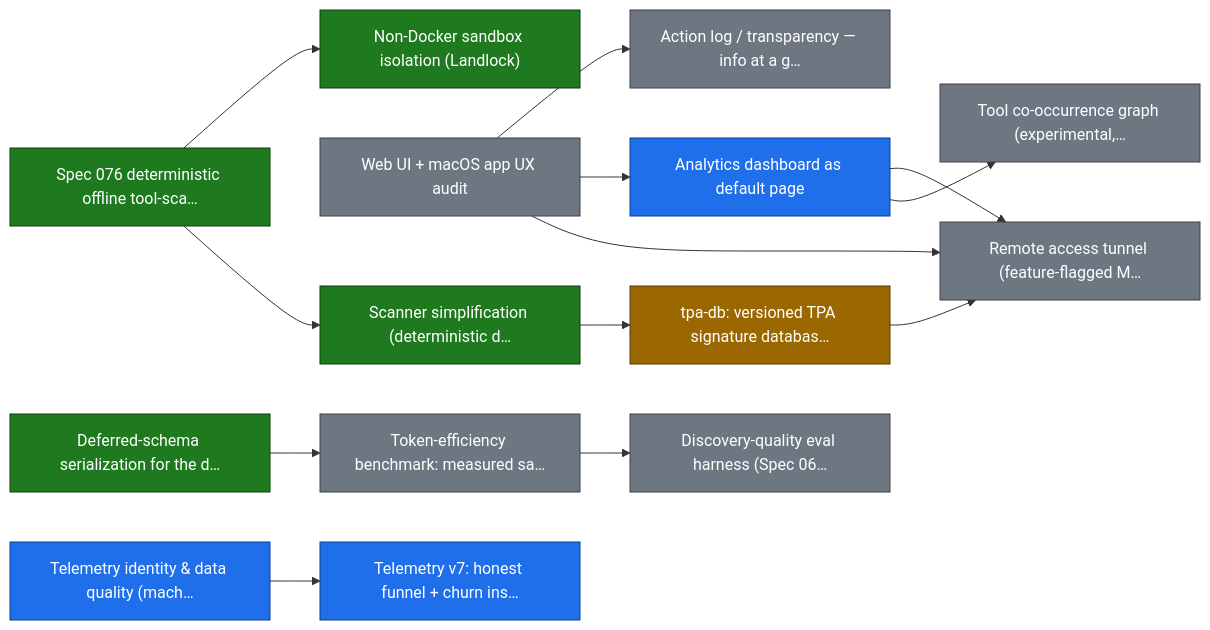
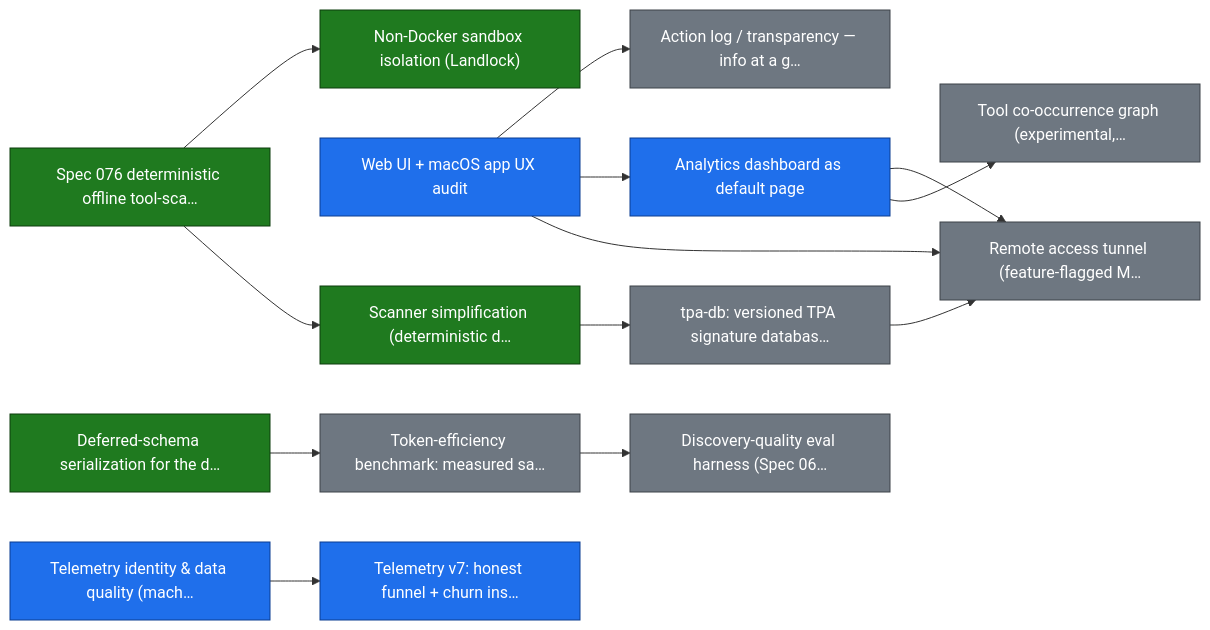
The first of 20 diagrams in ROADMAP.md (smart-mcp-proxy/mcpproxy-go), drawn with Mermaid before and after one commit. The commit also changed other lines of this file and 31 other files, not shown here.

````diff
--- a/ROADMAP.md
+++ b/ROADMAP.md
@@ -36,39 +36,37 @@
 ```mermaid
 graph LR
   sandbox_isolation["Non-Docker sandbox isolation (Landlock)"]
   scanner_v2["Spec 076 deterministic offline tool-sca…"]
   ux_audit["Web UI + macOS app UX audit"]
   action_log_transparency["Action log / transparency — info at a g…"]
   analytics_dashboard["Analytics dashboard as default page"]
   scanner_simplification["Scanner simplification (deterministic d…"]
   tpa_db["tpa-db: versioned TPA signature databas…"]
   remote_access_tunnel["Remote access tunnel (feature-flagged M…"]
   schema_deferred["Deferred-schema serialization for the d…"]
   token_bench["Token-efficiency benchmark: measured sa…"]
   tool_graph["Tool co-occurrence graph (experimental,…"]
   telemetry_identity["Telemetry identity & data quality (mach…"]
   telemetry_v7_churn["Telemetry v7: honest funnel + churn ins…"]
   discovery_eval_harness["Discovery-quality eval harness (Spec 06…"]
 
   scanner_v2 --> sandbox_isolation
   ux_audit --> action_log_transparency
   ux_audit --> analytics_dashboard
   scanner_v2 --> scanner_simplification
   scanner_simplification --> tpa_db
   tpa_db --> remote_access_tunnel
   ux_audit --> remote_access_tunnel
   analytics_dashboard --> remote_access_tunnel
   schema_deferred --> token_bench
   analytics_dashboard --> tool_graph
   telemetry_identity --> telemetry_v7_churn
   token_bench --> discovery_eval_harness
 
   classDef done fill:#1f7a1f,stroke:#0d3d0d,color:#ffffff;
   classDef in_progress fill:#1f6feb,stroke:#0b3d91,color:#ffffff;
-  classDef in_review fill:#9a6700,stroke:#5c3d00,color:#ffffff;
   classDef todo fill:#6e7781,stroke:#3d4248,color:#ffffff;
   class sandbox_isolation,scanner_v2,scanner_simplification,schema_deferred done;
-  class analytics_dashboard,telemetry_identity,telemetry_v7_churn in_progress;
-  class tpa_db in_review;
-  class ux_audit,action_log_transparency,remote_access_tunnel,token_bench,tool_graph,discovery_eval_harness todo;
+  class ux_audit,analytics_dashboard,telemetry_identity,telemetry_v7_churn in_progress;
+  class action_log_transparency,tpa_db,remote_access_tunnel,token_bench,tool_graph,discovery_eval_harness todo;
 ```
````
